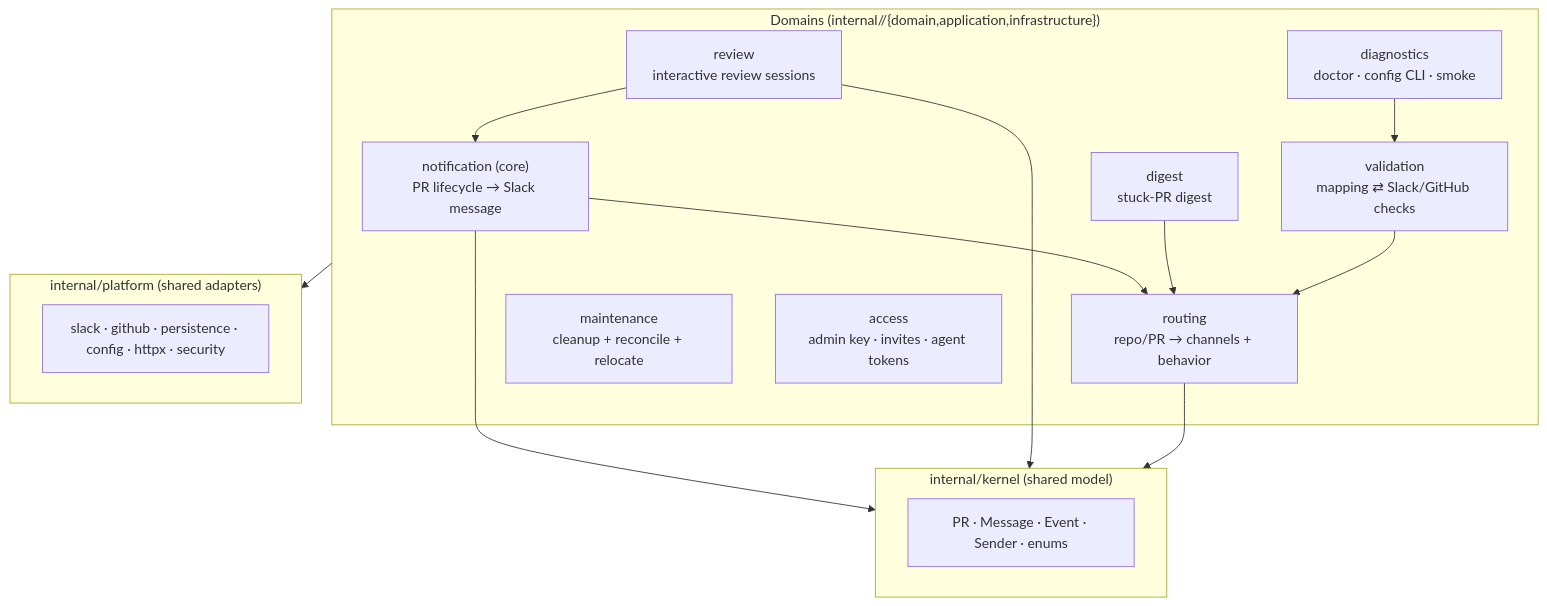
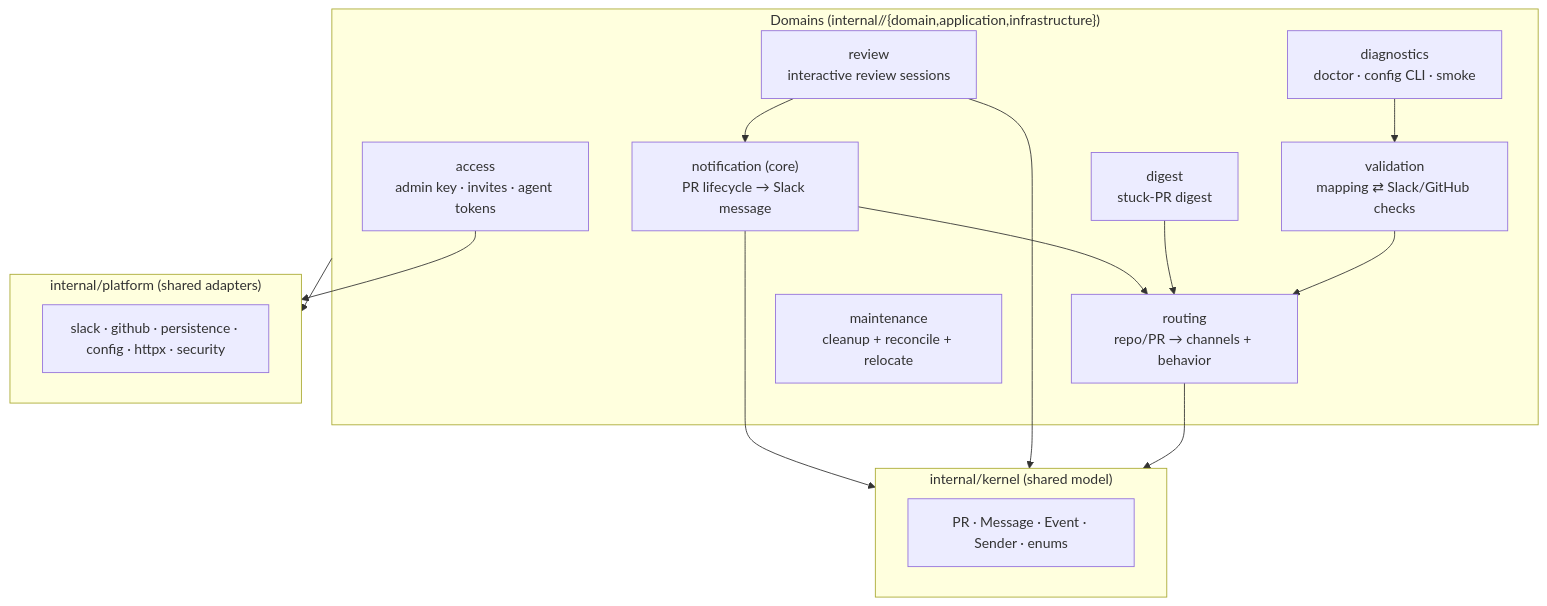
Before and after one commit to mptooling/notifycat: the diagram in ARCHITECTURE.md, drawn with Mermaid. The commit also changed 7 other files, not shown here.

````diff
--- a/ARCHITECTURE.md
+++ b/ARCHITECTURE.md
@@ -64,28 +64,29 @@
 ```mermaid
 flowchart TB
   subgraph domains["Domains (internal/<domain>/{domain,application,infrastructure})"]
     notification["notification (core)<br/>PR lifecycle → Slack message"]
     review["review<br/>interactive review sessions"]
     routing["routing<br/>repo/PR → channels + behavior"]
     validation["validation<br/>mapping ⇄ Slack/GitHub checks"]
     digest["digest<br/>stuck-PR digest"]
     maintenance["maintenance<br/>cleanup + reconcile + relocate"]
     diagnostics["diagnostics<br/>doctor · config CLI · smoke"]
     access["access<br/>admin key · invites · agent tokens"]
   end
   subgraph kernel["internal/kernel (shared model)"]
     k["PR · Message · Event · Sender · enums"]
   end
   subgraph platform["internal/platform (shared adapters)"]
     p["slack · github · persistence · config · httpx · security"]
   end
   notification --> kernel
   review --> kernel
   routing --> kernel
   notification --> routing
   review --> notification
   digest --> routing
   validation --> routing
   diagnostics --> validation
+  access --> platform
   domains --> platform
 ```
````
